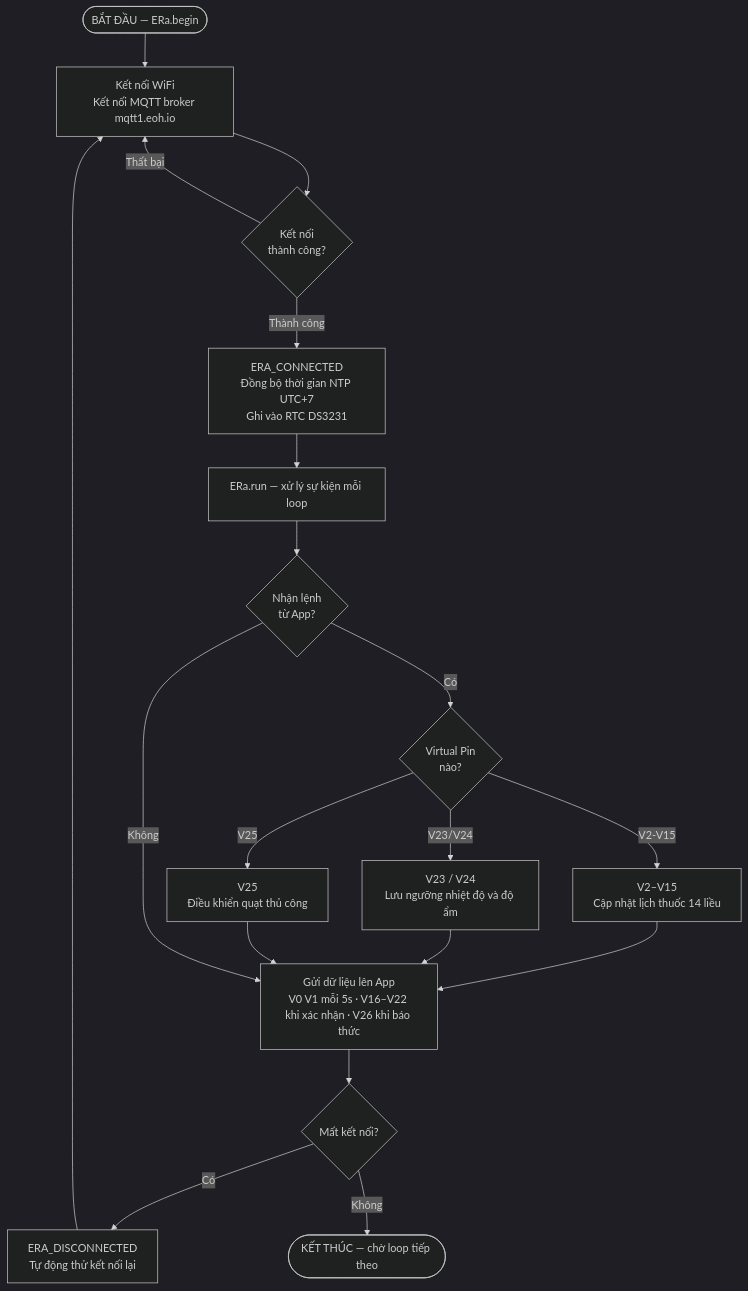
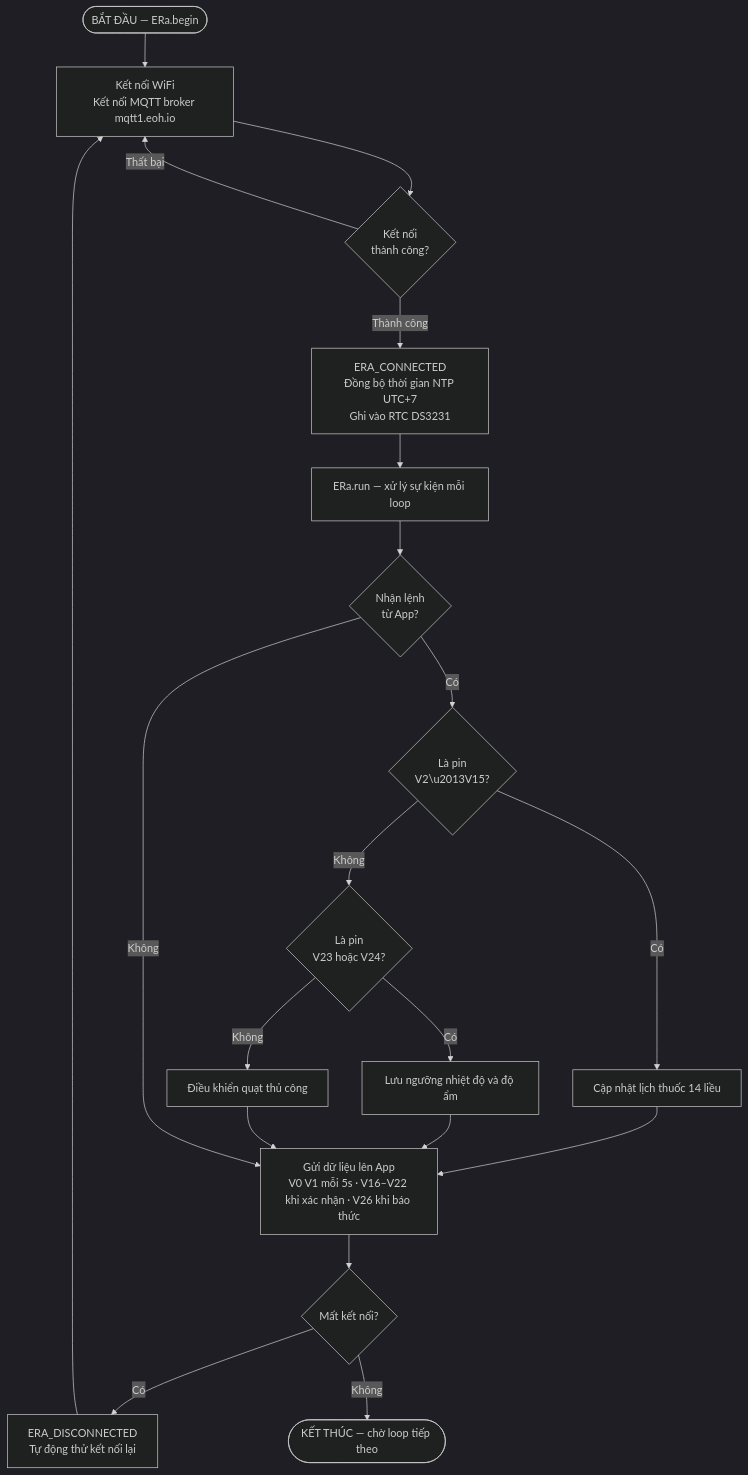
One commit to kimthanh2301/demo changed the fifth of 5 diagrams in readme.md. Above: the diagram before and after it, drawn with Mermaid (dark theme). The commit also changed other lines of this file, not shown here.

Commit message:
Refactor flowchart nodes and connections in README

````diff
--- a/readme.md
+++ b/readme.md
@@ -126,30 +125,32 @@
 ```mermaid
 flowchart TD
     S([BẮT ĐẦU — ERa.begin])
     A["Kết nối WiFi\nKết nối MQTT broker mqtt1.eoh.io"]
     B{"Kết nối\nthành công?"}
     B1["ERA_CONNECTED\nĐồng bộ thời gian NTP UTC+7\nGhi vào RTC DS3231"]
     C["ERa.run — xử lý sự kiện mỗi loop"]
     D{"Nhận lệnh\ntừ App?"}
-    D1{"Virtual Pin\nnào?"}
-    E1["V2–V15\nCập nhật lịch thuốc 14 liều"]
-    E2["V23 / V24\nLưu ngưỡng nhiệt độ và độ ẩm"]
-    E3["V25\nĐiều khiển quạt thủ công"]
+    DV{"Là pin\nV2\u2013V15?"}
+    DV2{"Là pin\nV23 hoặc V24?"}
+    E1["Cập nhật lịch thuốc 14 liều"]
+    E2["Lưu ngưỡng nhiệt độ và độ ẩm"]
+    E3["Điều khiển quạt thủ công"]
     F["Gửi dữ liệu lên App\nV0 V1 mỗi 5s · V16–V22 khi xác nhận · V26 khi báo thức"]
     G{"Mất kết nối?"}
     G1["ERA_DISCONNECTED\nTự động thử kết nối lại"]
     END([KẾT THÚC — chờ loop tiếp theo])
 
     S --> A --> B
     B -- Thất bại --> A
     B -- Thành công --> B1 --> C
     C --> D
-    D -- Có --> D1
-    D1 -- V2-V15 --> E1 --> F
-    D1 -- V23/V24 --> E2 --> F
-    D1 -- V25 --> E3 --> F
+    D -- Có --> DV
+    DV -- Có --> E1 --> F
+    DV -- Không --> DV2
+    DV2 -- Có --> E2 --> F
+    DV2 -- Không --> E3 --> F
     D -- Không --> F
     F --> G
     G -- Có --> G1 --> A
     G -- Không --> END
 ```
````
